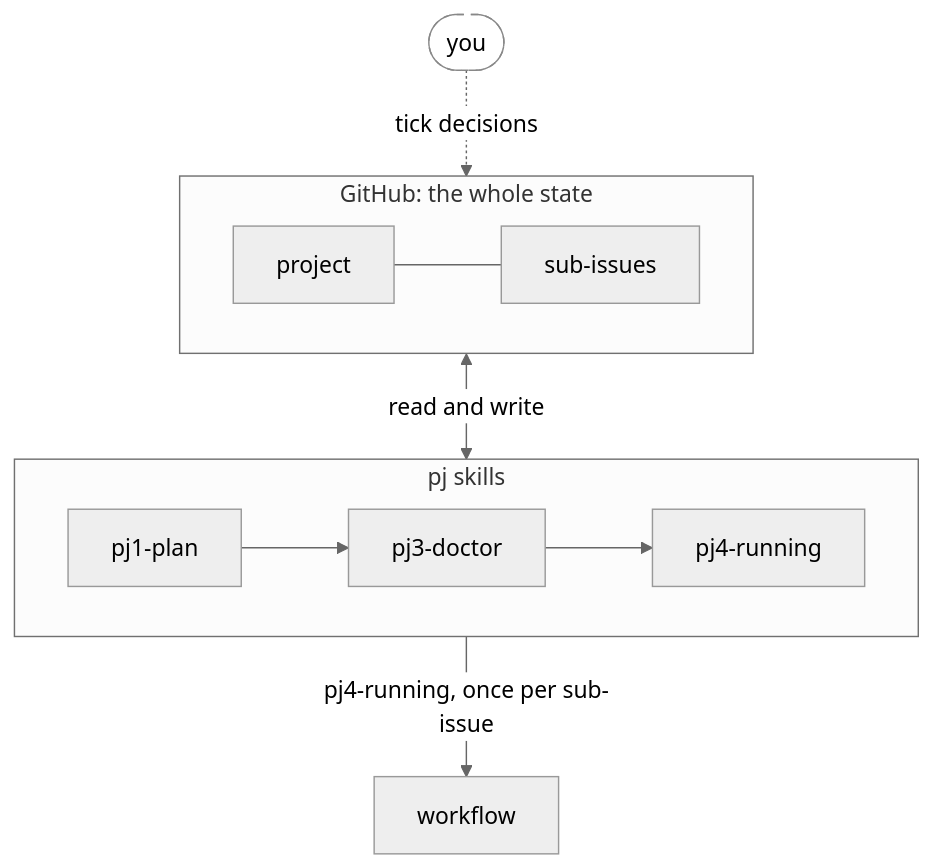
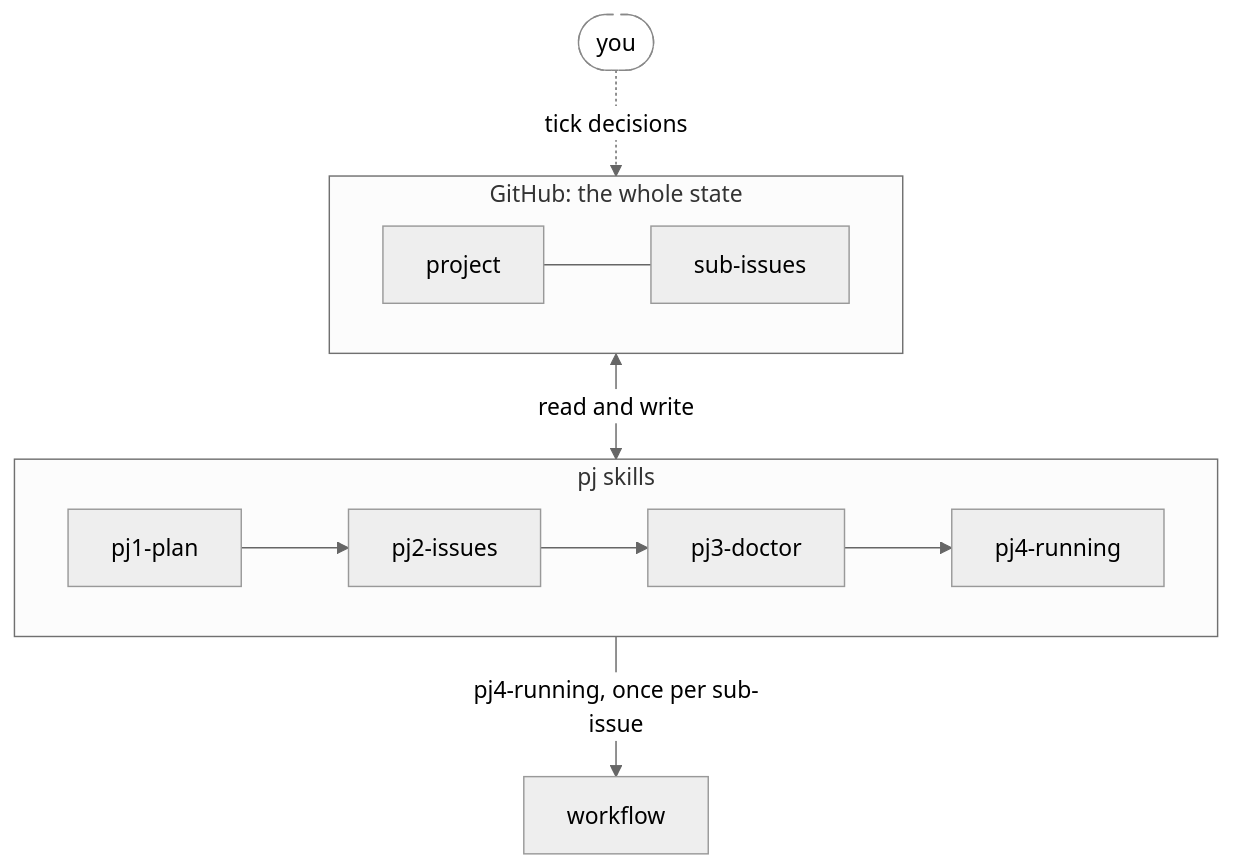
The first of 4 diagrams in plugins/annetaan/README.md (annetaan/claude-plugins), drawn with Mermaid (neutral theme) before and after one commit. The commit also changed other lines of this file and 3 other files, not shown here.

````diff
--- a/plugins/annetaan/README.md
+++ b/plugins/annetaan/README.md
@@ -61,18 +64,18 @@
 ```mermaid
 flowchart TB
     you(["you"])
     subgraph gh["GitHub: the whole state"]
         direction LR
         project["project"] --- subs["sub-issues"]
     end
     subgraph pj["pj skills"]
         direction LR
-        plan["pj1-plan"] --> doctor["pj3-doctor"] --> running["pj4-running"]
+        plan["pj1-plan"] --> issues["pj2-issues"] --> doctor["pj3-doctor"] --> running["pj4-running"]
     end
     wf["workflow"]
     you -.->|"tick decisions"| gh
     gh <-->|"read and write"| pj
     pj -->|"pj4-running, once per sub-issue"| wf
     classDef human fill:#fff,stroke:#888,stroke-dasharray: 5 5
     class you human
 ```
````
